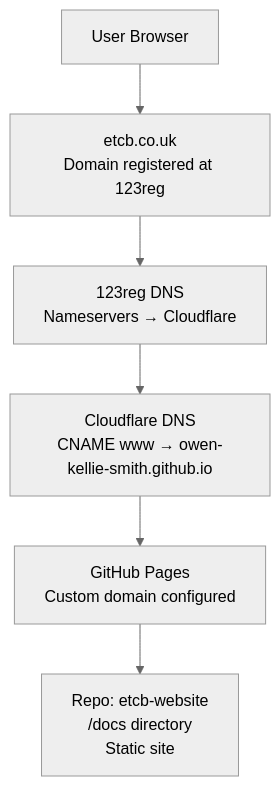
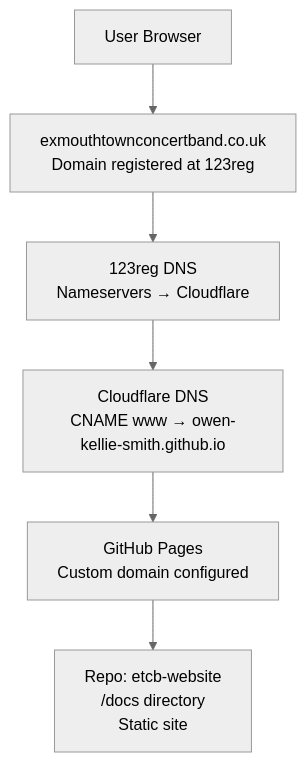
One commit to owen-kellie-smith/etcb-website changed the diagram in README.md. Above: the diagram before and after it, drawn with Mermaid (neutral theme). The commit also changed other lines of this file, not shown here.

````diff
--- a/README.md
+++ b/README.md
@@ -96,21 +96,21 @@
 ```mermaid
 flowchart TB
 
 A[User Browser]
 
-B[etcb.co.uk<br>Domain registered at 123reg]
+B[exmouthtownconcertband.co.uk<br>Domain registered at 123reg]
 
 C[123reg DNS<br>Nameservers → Cloudflare]
 
 D[Cloudflare DNS<br>CNAME www → owen-kellie-smith.github.io]
 
 E[GitHub Pages<br>Custom domain configured]
 
 F[Repo: etcb-website<br>/docs directory<br>Static site]
 
 A --> B
 B --> C
 C --> D
 D --> E
 E --> F
 ```
````
